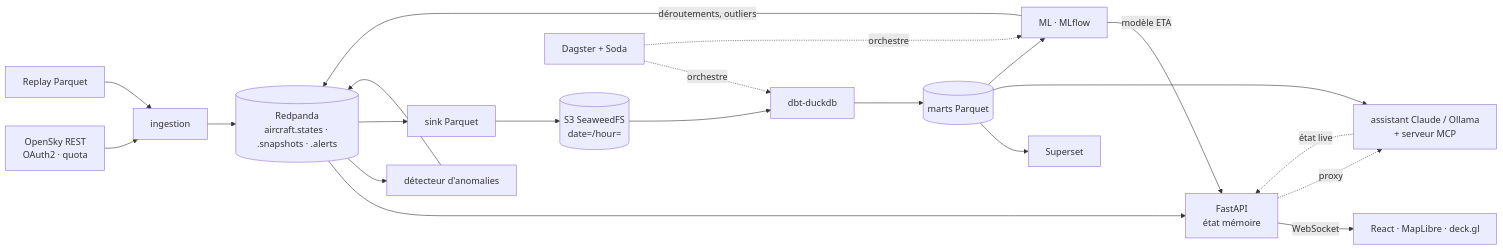
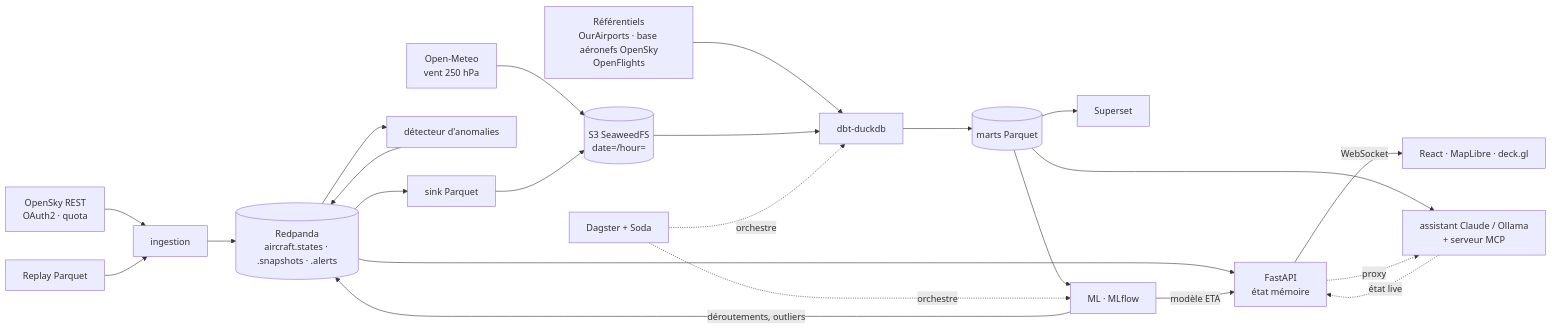
Before and after one commit to Oussama-essalehi/SkyPulse: the diagram in README.md, drawn with Mermaid. The commit also changed other lines of this file and 7 other files, not shown here.

First line of the commit message:
docs: README, ADR 0008, architecture and plan for the improvements

````diff
--- a/README.md
+++ b/README.md
@@ -48,16 +51,18 @@
 ```mermaid
 flowchart LR
   OS[OpenSky REST<br/>OAuth2 · quota] --> ING
+  REF[Référentiels<br/>OurAirports · base aéronefs OpenSky<br/>OpenFlights] --> DBT
+  OM[Open-Meteo<br/>vent 250 hPa] --> S3
   RP[Replay Parquet] --> ING
   ING[ingestion] --> K[(Redpanda<br/>aircraft.states · .snapshots · .alerts)]
   K --> API[FastAPI<br/>état mémoire] -- WebSocket --> FE[React · MapLibre · deck.gl]
   K --> AD[détecteur d'anomalies] --> K
   K --> SINK[sink Parquet] --> S3[(S3 SeaweedFS<br/>date=/hour=)]
   S3 --> DBT[dbt-duckdb] --> M[(marts Parquet)]
   M --> SUP[Superset] & AST[assistant Claude / Ollama<br/>+ serveur MCP] & ML[ML · MLflow]
   ML -- modèle ETA --> API
   ML -- déroutements, outliers --> K
   DAG[Dagster + Soda] -. orchestre .-> DBT & ML
   API -. proxy .-> AST
   AST -. état live .-> API
 ```
````
